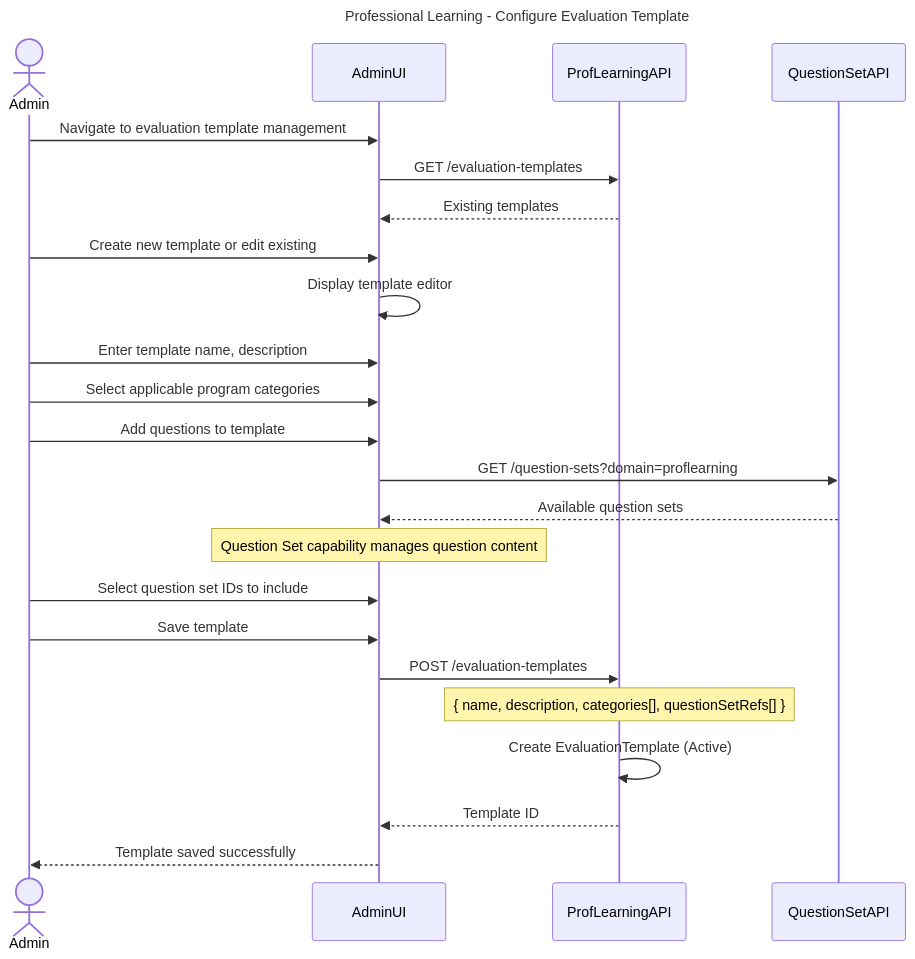
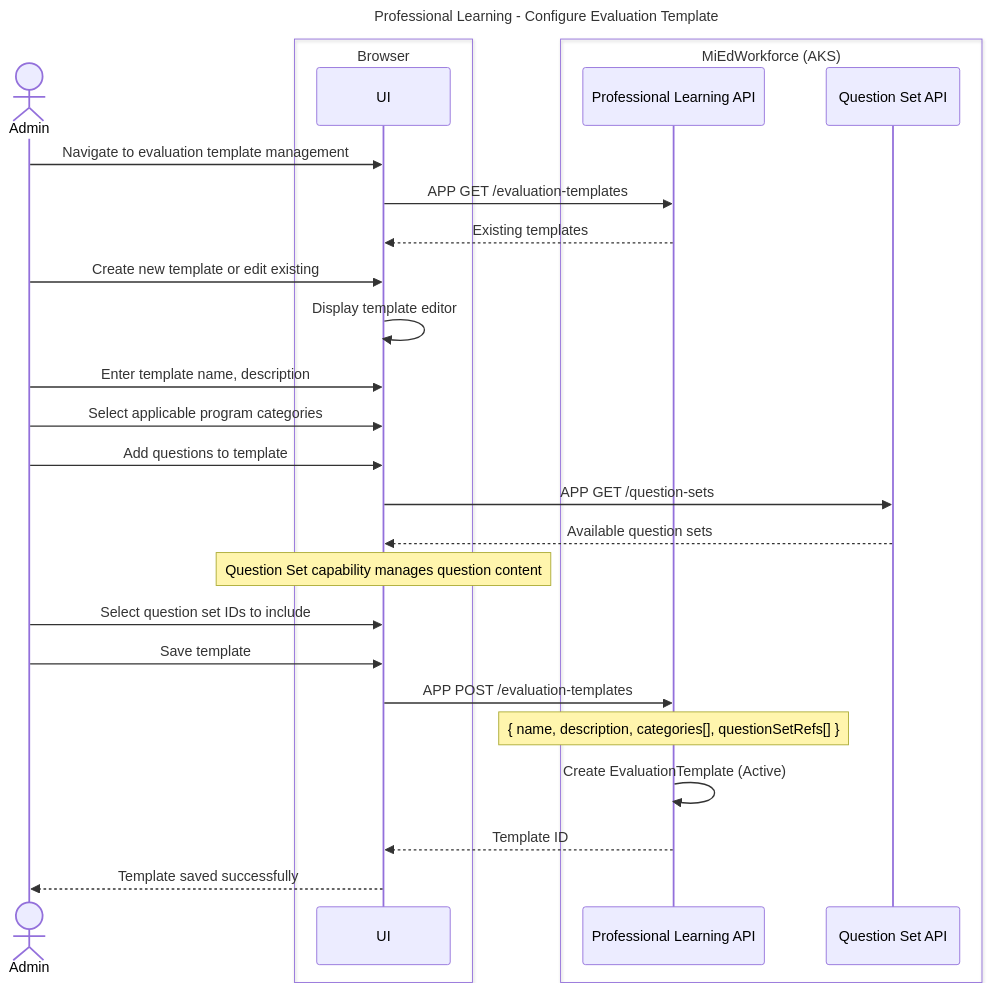
The seventh of 10 diagrams in working-docs/solution-areas/proflearning/proflearning-sequences.md (mnichols-dl/mied-design), drawn with Mermaid before and after one commit. The commit also changed other lines of this file and 34 other files, not shown here.

Commit message:
Update sequences and perform RTM assessment

````diff
--- a/working-docs/solution-areas/proflearning/proflearning-sequences.md
+++ b/working-docs/solution-areas/proflearning/proflearning-sequences.md
@@ -380,34 +399,38 @@
 ```mermaid
 ---
 title: Professional Learning - Configure Evaluation Template
 ---
 sequenceDiagram
     actor Admin
-    participant AdminUI
-    participant ProfLearningAPI
-    participant QuestionSetAPI
-    
-    Admin->>AdminUI: Navigate to evaluation template management
-    AdminUI->>ProfLearningAPI: GET /evaluation-templates
-    ProfLearningAPI-->>AdminUI: Existing templates
-    
-    Admin->>AdminUI: Create new template or edit existing
-    AdminUI->>AdminUI: Display template editor
-    
-    Admin->>AdminUI: Enter template name, description
-    Admin->>AdminUI: Select applicable program categories
-    
-    Admin->>AdminUI: Add questions to template
-    AdminUI->>QuestionSetAPI: GET /question-sets?domain=proflearning
-    QuestionSetAPI-->>AdminUI: Available question sets
-    Note over AdminUI: Question Set capability manages question content
-    
-    Admin->>AdminUI: Select question set IDs to include
-    Admin->>AdminUI: Save template
-    
-    AdminUI->>ProfLearningAPI: POST /evaluation-templates
-    Note over ProfLearningAPI: { name, description, categories[], questionSetRefs[] }
-    ProfLearningAPI->>ProfLearningAPI: Create EvaluationTemplate (Active)
-    ProfLearningAPI-->>AdminUI: Template ID
-    AdminUI-->>Admin: Template saved successfully
+    box Browser
+        participant UI as UI
+    end
+    box MiEdWorkforce (AKS)
+        participant ProfLearningApi as Professional Learning API
+        participant QuestionSetApi as Question Set API
+    end
+
+    Admin->>UI: Navigate to evaluation template management
+    UI->>ProfLearningApi: APP GET /evaluation-templates
+    ProfLearningApi-->>UI: Existing templates
+
+    Admin->>UI: Create new template or edit existing
+    UI->>UI: Display template editor
+
+    Admin->>UI: Enter template name, description
+    Admin->>UI: Select applicable program categories
+
+    Admin->>UI: Add questions to template
+    UI->>QuestionSetApi: APP GET /question-sets
+    QuestionSetApi-->>UI: Available question sets
+    Note over UI: Question Set capability manages question content
+
+    Admin->>UI: Select question set IDs to include
+    Admin->>UI: Save template
+
+    UI->>ProfLearningApi: APP POST /evaluation-templates
+    Note over ProfLearningApi: { name, description, categories[], questionSetRefs[] }
+    ProfLearningApi->>ProfLearningApi: Create EvaluationTemplate (Active)
+    ProfLearningApi-->>UI: Template ID
+    UI-->>Admin: Template saved successfully
 ```
````
